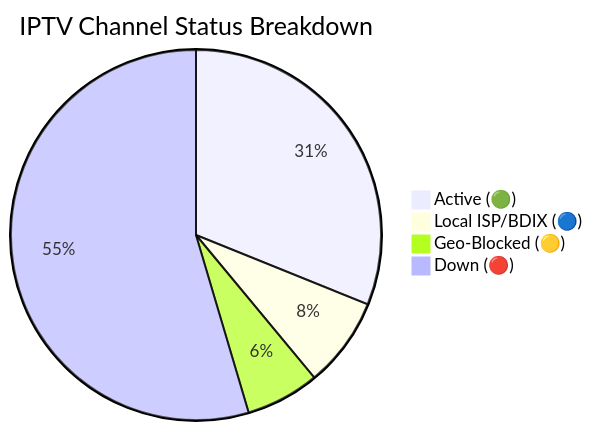
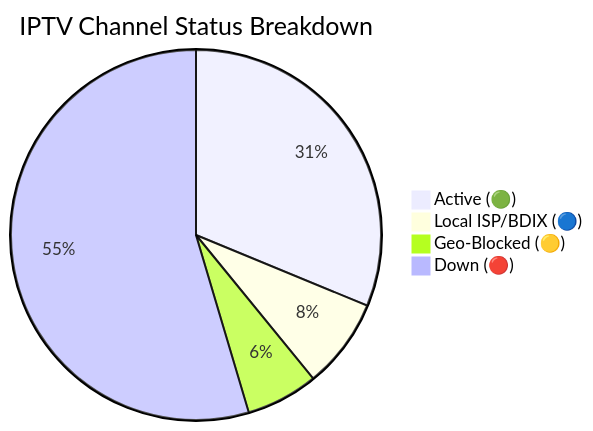
One commit to Zaman-Topu/Ip-tv-Collection changed the diagram in README.md. Above: the diagram before and after it, drawn with Mermaid. The commit also changed other lines of this file and 6 other files, not shown here.

````diff
--- a/README.md
+++ b/README.md
@@ -149,7 +149,7 @@
 ```mermaid
 pie title IPTV Channel Status Breakdown
-    "Active (🟢)" : 10651
-    "Local ISP/BDIX (🔵)" : 2695
-    "Geo-Blocked (🟡)" : 2203
-    "Down (🔴)" : 18691
+    "Active (🟢)" : 10713
+    "Local ISP/BDIX (🔵)" : 2703
+    "Geo-Blocked (🟡)" : 2161
+    "Down (🔴)" : 18733
 ```
````
